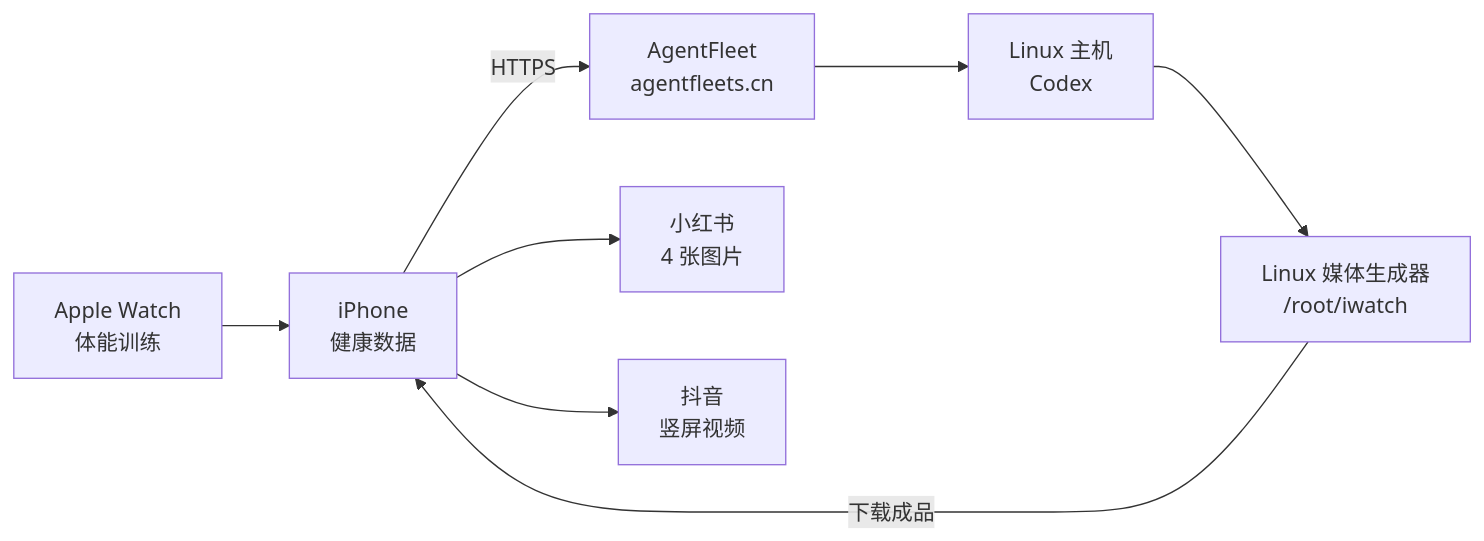
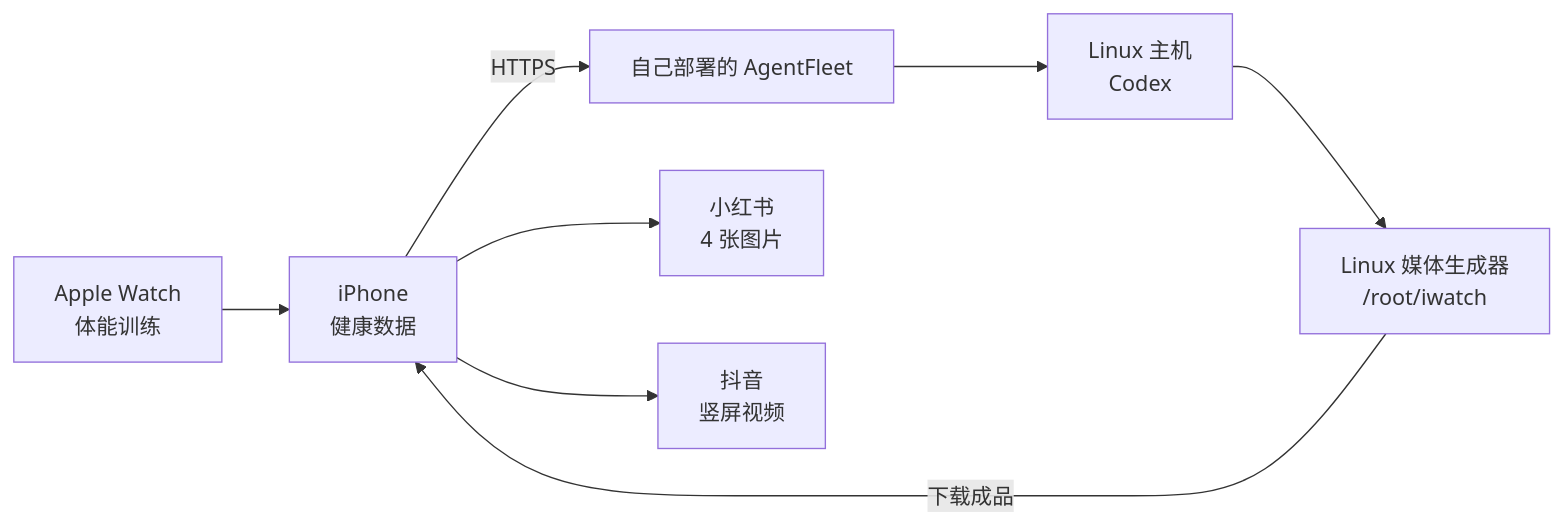
The diagram in README.zh-CN.md (JosephJagger/applefleets), drawn with Mermaid before and after one commit. The commit also changed other lines of this file and 5 other files, not shown here.

Commit message:
Describe AgentFleet as a self-hosted dependency

````diff
--- a/README.zh-CN.md
+++ b/README.zh-CN.md
@@ -19,10 +19,10 @@
 ```mermaid
 flowchart LR
     A["Apple Watch<br>体能训练"] --> B["iPhone<br>健康数据"]
-    B -->|HTTPS| C["AgentFleet<br>agentfleets.cn"]
+    B -->|HTTPS| C["自己部署的 AgentFleet"]
     C --> D["Linux 主机<br>Codex"]
     D --> G["Linux 媒体生成器<br>/root/iwatch"]
     G -->|下载成品| B
     B --> E["小红书<br>4 张图片"]
     B --> F["抖音<br>竖屏视频"]
 ```
````
